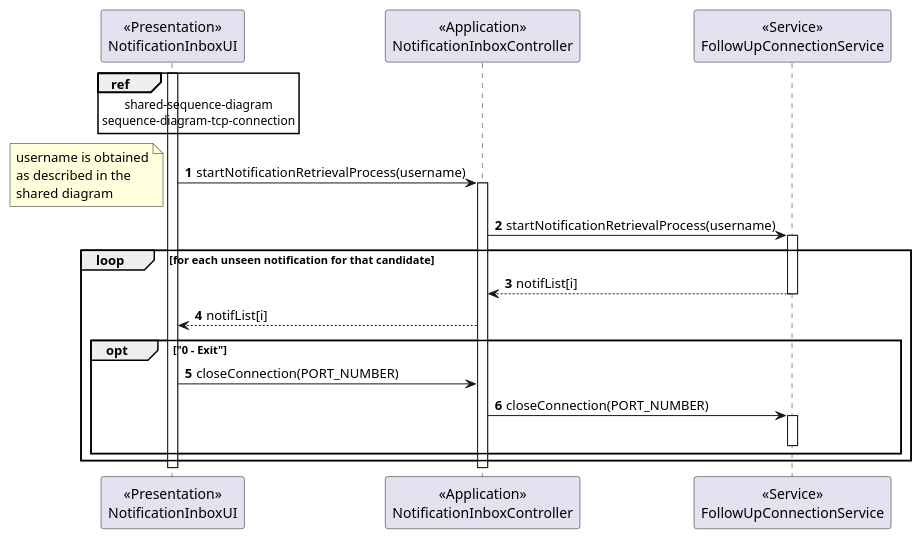
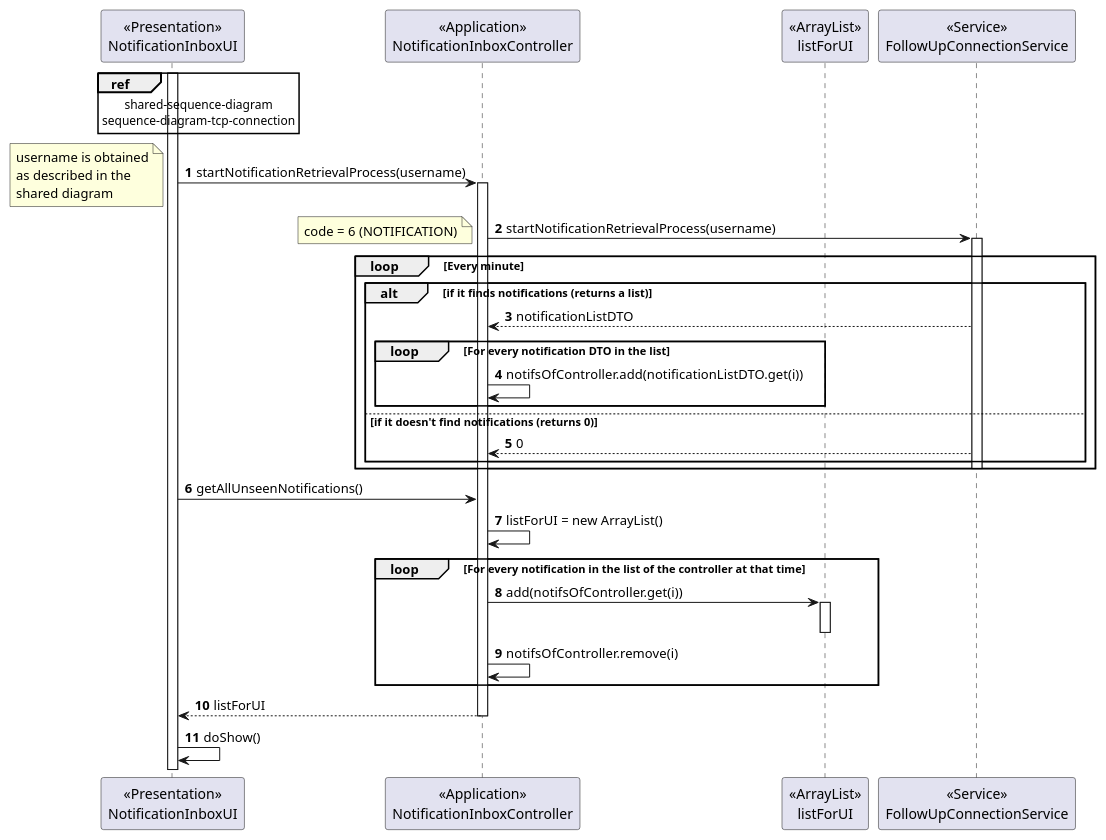
Before and after one commit to rita-barbosa/LAPR4-2324: the diagram in docs/sprint-c/us_3001/US3001_SD/US3001_SD_Candidate_App.puml, drawn with PlantUML. The commit also changed 1 other file, not shown here.

Commit message:
docs: Updated SD [Perspective of candidate app] of US 3001.
[#191]

```diff
--- a/docs/sprint-c/us_3001/US3001_SD/US3001_SD_Candidate_App.puml
+++ b/docs/sprint-c/us_3001/US3001_SD/US3001_SD_Candidate_App.puml
@@ -1,56 +1,80 @@
 @startuml
 'https://plantuml.com/sequence-diagram
 
 autonumber
 participant "<<Presentation>>\nNotificationInboxUI" as UI
 participant "<<Application>>\nNotificationInboxController" as CTRL
+participant "<<ArrayList>>\nlistForUI" as LIST
 participant "<<Service>>\nFollowUpConnectionService" as SER
 
 activate UI
 
     ref over UI
     shared-sequence-diagram
     sequence-diagram-tcp-connection
     end ref
 
     UI -> CTRL : startNotificationRetrievalProcess(username)
 
     note bottom
     username is obtained
     as described in the
     shared diagram
     end note
 
     activate CTRL
 
         CTRL -> SER : startNotificationRetrievalProcess(username)
 
         activate SER
 
-        loop for each unseen notification for that candidate
+            note left
+            code = 6 (NOTIFICATION)
+            end note
 
-            SER --> CTRL : notifList[i]
+                loop Every minute
 
-        deactivate SER
+                    alt if it finds notifications (returns a list)
 
-        CTRL --> UI : notifList[i]
+                        SER --> CTRL : notificationListDTO
 
-        opt "0 - Exit"
+                        loop For every notification DTO in the list
 
-        UI -> CTRL : closeConnection(PORT_NUMBER)
+                            CTRL -> CTRL : notifsOfController.add(notificationListDTO.get(i))
 
-        CTRL -> SER : closeConnection(PORT_NUMBER)
+                        end
 
-        activate SER
+                    else if it doesn't find notifications (returns 0)
+
+                        SER --> CTRL : 0
+
+                    end
 
         deactivate SER
 
         end
 
+        UI -> CTRL : getAllUnseenNotifications()
+
+        CTRL -> CTRL : listForUI = new ArrayList()
+
+        loop For every notification in the list of the controller at that time
+
+            CTRL -> LIST : add(notifsOfController.get(i))
+
+            activate LIST
+
+            deactivate LIST
+
+            CTRL -> CTRL : notifsOfController.remove(i)
+
         end
+
+        CTRL --> UI : listForUI
 
     deactivate CTRL
 
-deactivate UI
+        UI -> UI : doShow()
+
 
 @enduml
```
